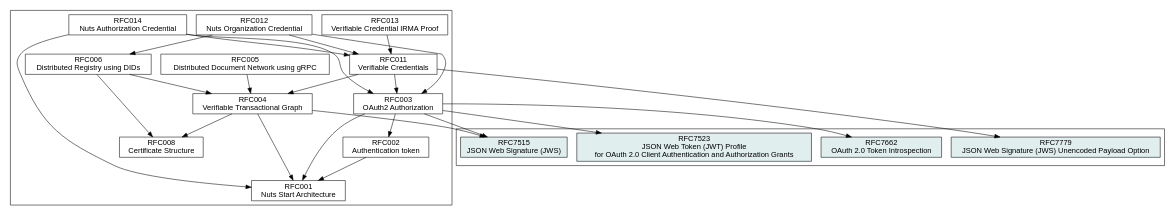
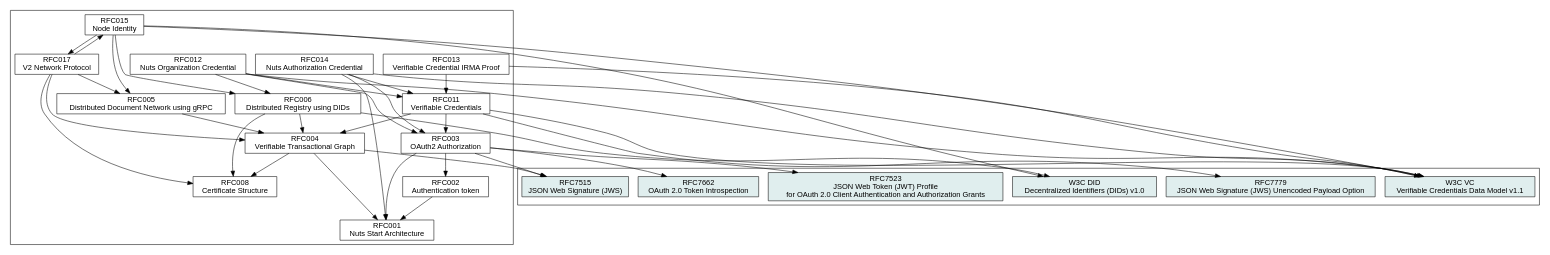
The diagram in .gitbook/source/spec-relations.dot (nuts-foundation/nuts-specification), drawn with Graphviz before and after one commit. The commit also changed 1 other file, not shown here.

Commit message:
updated graph (#202)

```diff
--- a/.gitbook/source/spec-relations.dot
+++ b/.gitbook/source/spec-relations.dot
@@ -1,61 +1,81 @@
 digraph D {
     graph [fontname = "helvetica"];
     node [fontname = "helvetica",shape=box];
     edge [fontname = "helvetica"];
     root = RFC001;
     overlap = false;
 
     // Internal RFCs
     subgraph cluster_internal {
         RFC001 [label = "RFC001\nNuts Start Architecture",href = "rfc001-nuts-start-architecture"];
         RFC002 [label = "RFC002\nAuthentication token",href = "rfc002-authentication-token"];
         RFC003 [label = "RFC003\nOAuth2 Authorization",href = "rfc003-oauth2-authorization"];
         RFC004 [label = "RFC004\nVerifiable Transactional Graph",href = "rfc004-verifiable-transactional-graph"];
         RFC005 [label = "RFC005\nDistributed Document Network using gRPC",href = "rfc005-distributed-document-network-grpc"];
         RFC006 [label = "RFC006\nDistributed Registry using DIDs",href = "rfc006-distributed-registry"];
         RFC008 [label = "RFC008\nCertificate Structure",href = "rfc008-certificate-structure"];
         RFC011 [label = "RFC011\nVerifiable Credentials",href = "rfc011-verifiable-credential"];
         RFC012 [label = "RFC012\nNuts Organization Credential",href = "rfc012-nuts-organization-credential"];
         RFC013 [label = "RFC013\nVerifiable Credential IRMA Proof",href = "rfc013-vc-irma-proof"];
         RFC014 [label = "RFC014\nNuts Authorization Credential",href = "rfc014-authorization-credential"];
+        RFC015 [label = "RFC015\nNode Identity",href = "rfc015-node-identity"];
+        RFC017 [label = "RFC017\nV2 Network Protocol",href = "rfc017-distributed-network-grpc-v2"];
     }
 
     // External RFCs
     subgraph cluster_external {
         RFC7779_EXT [label = "RFC7779\nJSON Web Signature (JWS) Unencoded Payload Option", href = "https://datatracker.ietf.org/doc/html/rfc7797", fillcolor = azure2, style = filled]
         RFC7662_EXT [label = "RFC7662\nOAuth 2.0 Token Introspection", href = "https://tools.ietf.org/html/rfc7662", fillcolor = azure2, style = filled]
         RFC7523_EXT [label = "RFC7523\nJSON Web Token (JWT) Profile\nfor OAuth 2.0 Client Authentication and Authorization Grants", href = "https://tools.ietf.org/html/rfc7523", fillcolor = azure2, style = filled,]
         RFC7515_EXT [label = "RFC7515\nJSON Web Signature (JWS)", href = "https://tools.ietf.org/html/rfc7515", fillcolor = azure2, style = filled]
+        DID_EXT [label = "W3C DID\nDecentralized Identifiers (DIDs) v1.0", href = "https://www.w3.org/TR/2022/REC-did-core-20220719/", fillcolor = azure2, style = filled]
+        VC_EXT  [label = "W3C VC\nVerifiable Credentials Data Model v1.1", href = "https://www.w3.org/TR/2022/REC-vc-data-model-20220303/", fillcolor = azure2, style = filled]
     }
 
     RFC002 -> RFC001
 
     RFC003 -> RFC001
     RFC003 -> RFC002
     RFC003 -> RFC7662_EXT
     RFC003 -> RFC7523_EXT
     RFC003 -> RFC7515_EXT
 
     RFC004 -> RFC001
     RFC004 -> RFC7515_EXT
     RFC004 -> RFC008
 
     RFC005 -> RFC004
 
     RFC006 -> RFC004
     RFC006 -> RFC008
+    RFC006 -> DID_EXT
 
     RFC011 -> RFC003
     RFC011 -> RFC004
     RFC011 -> RFC7779_EXT
+    RFC011 -> VC_EXT
 
     RFC012 -> RFC003
     RFC012 -> RFC006
     RFC012 -> RFC011
+    RFC012 -> VC_EXT
 
     RFC013 -> RFC011
+    RFC013 -> VC_EXT
 
     RFC014 -> RFC001
     RFC014 -> RFC003
     RFC014 -> RFC011
+    RFC014 -> VC_EXT
+
+    RFC015 -> RFC005
+    RFC015 -> RFC006
+    RFC015 -> RFC017
+    RFC015 -> DID_EXT
+    RFC015 -> VC_EXT
+
+    RFC017 -> RFC004
+    RFC017 -> RFC005
+    RFC017 -> RFC008
+    RFC017 -> RFC015
 }
```
